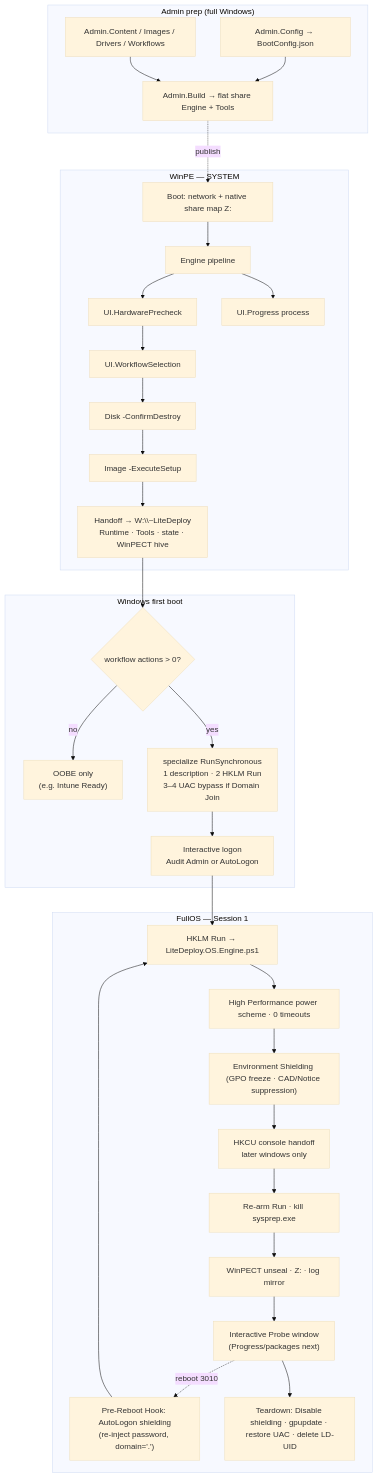
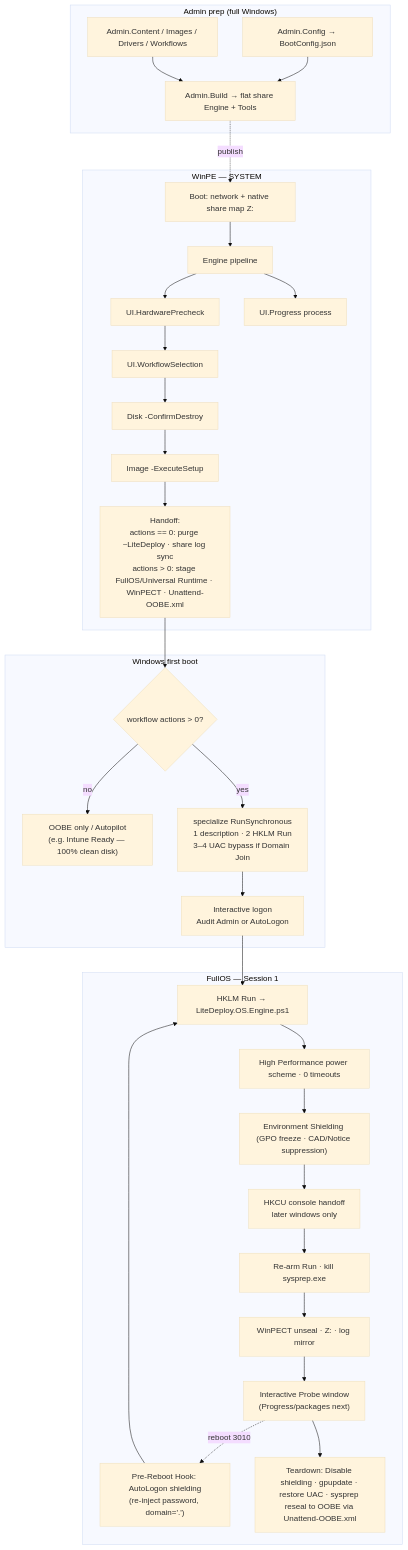
The diagram in README.md (cmartineztech/LiteDeploy.Core), drawn with Mermaid (base theme) before and after one commit. The commit also changed other lines of this file and 7 other files, not shown here.

Commit message:
docs: align documentation with selective FullOS staging, zero-action cleanup, Unattend-OOBE reseal, and SetupComplete removal

````diff
--- a/README.md
+++ b/README.md
@@ -43,53 +43,53 @@
 ```mermaid
 flowchart TB
   subgraph AdminPrep["Admin prep (full Windows)"]
     Config["Admin.Config → BootConfig.json"]
     Content["Admin.Content / Images / Drivers / Workflows"]
     Build["Admin.Build → flat share Engine + Tools"]
     Config --> Build
     Content --> Build
   end
 
   subgraph WinPE["WinPE — SYSTEM"]
     Boot["Boot: network + native share map Z:"]
     Engine["Engine pipeline"]
     Pre["UI.HardwarePrecheck"]
     Sel["UI.WorkflowSelection"]
     Prog["UI.Progress process"]
     Disk["Disk -ConfirmDestroy"]
     Image["Image -ExecuteSetup"]
-    Hand["Handoff → W:\\~LiteDeploy<br/>Runtime · Tools · state · WinPECT hive"]
+    Hand["Handoff:<br/>actions == 0: purge ~LiteDeploy · share log sync<br/>actions > 0: stage FullOS/Universal Runtime · WinPECT · Unattend-OOBE.xml"]
     Boot --> Engine
     Engine --> Pre --> Sel
     Engine --> Prog
     Sel --> Disk --> Image --> Hand
   end
 
   subgraph FirstBoot["Windows first boot"]
     Gate{"workflow actions > 0?"}
-    OOBE["OOBE only<br/>(e.g. Intune Ready)"]
+    OOBE["OOBE only / Autopilot<br/>(e.g. Intune Ready — 100% clean disk)"]
     Spec["specialize RunSynchronous<br/>1 description · 2 HKLM Run<br/>3–4 UAC bypass if Domain Join"]
     Logon["Interactive logon<br/>Audit Admin or AutoLogon"]
     Gate -->|no| OOBE
     Gate -->|yes| Spec --> Logon
   end
 
   subgraph FullOS["FullOS — Session 1"]
     Run["HKLM Run → LiteDeploy.OS.Engine.ps1"]
     Power["High Performance power scheme · 0 timeouts"]
     Shield["Environment Shielding (GPO freeze · CAD/Notice suppression)"]
     Console["HKCU console handoff<br/>later windows only"]
     ReArm["Re-arm Run · kill sysprep.exe"]
     Secrets["WinPECT unseal · Z: · log mirror"]
     Probe["Interactive Probe window<br/>(Progress/packages next)"]
     RebootHook["Pre-Reboot Hook: AutoLogon shielding<br/>(re-inject password, domain='.')"]
-    Cleanup["Teardown: Disable shielding · gpupdate · restore UAC · delete LD-UID"]
+    Cleanup["Teardown: Disable shielding · gpupdate · restore UAC · sysprep reseal to OOBE via Unattend-OOBE.xml"]
     Run --> Power --> Shield --> Console --> ReArm --> Secrets --> Probe
     Probe -.->|reboot 3010| RebootHook --> Run
     Probe --> Cleanup
   end
 
   Build -.->|publish| Boot
   Hand --> Gate
   Logon --> Run
 ```
````
